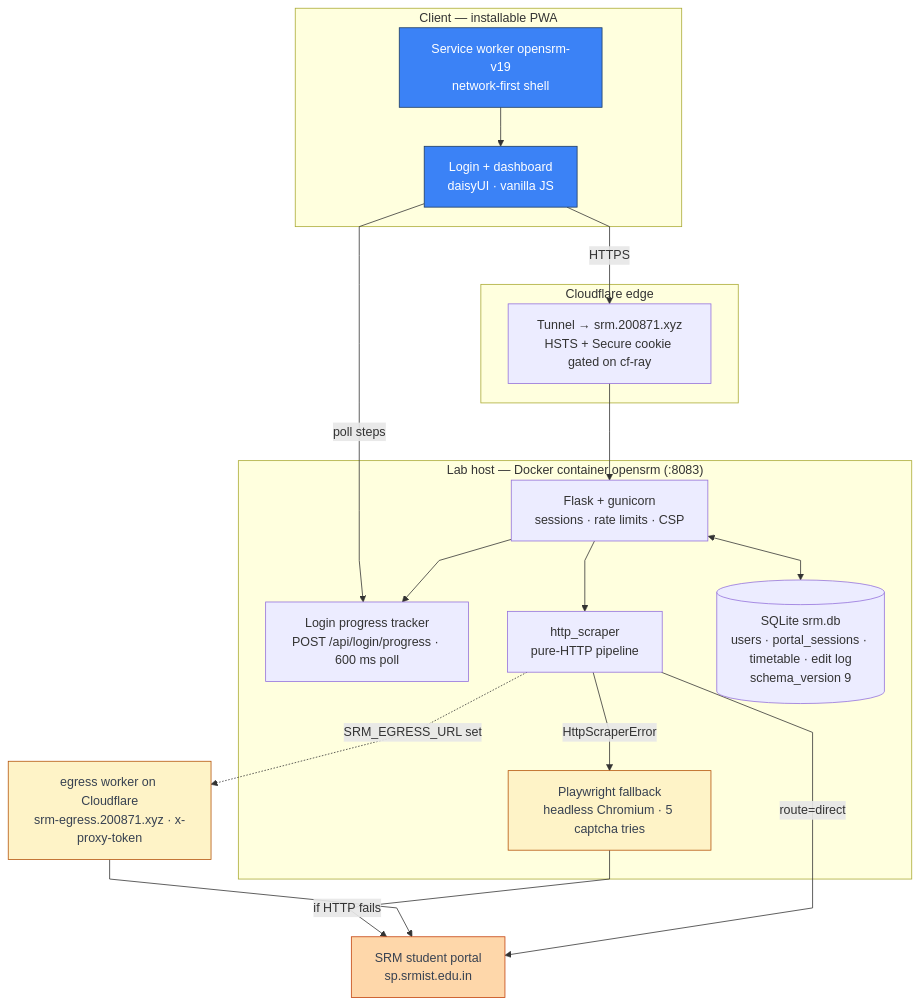
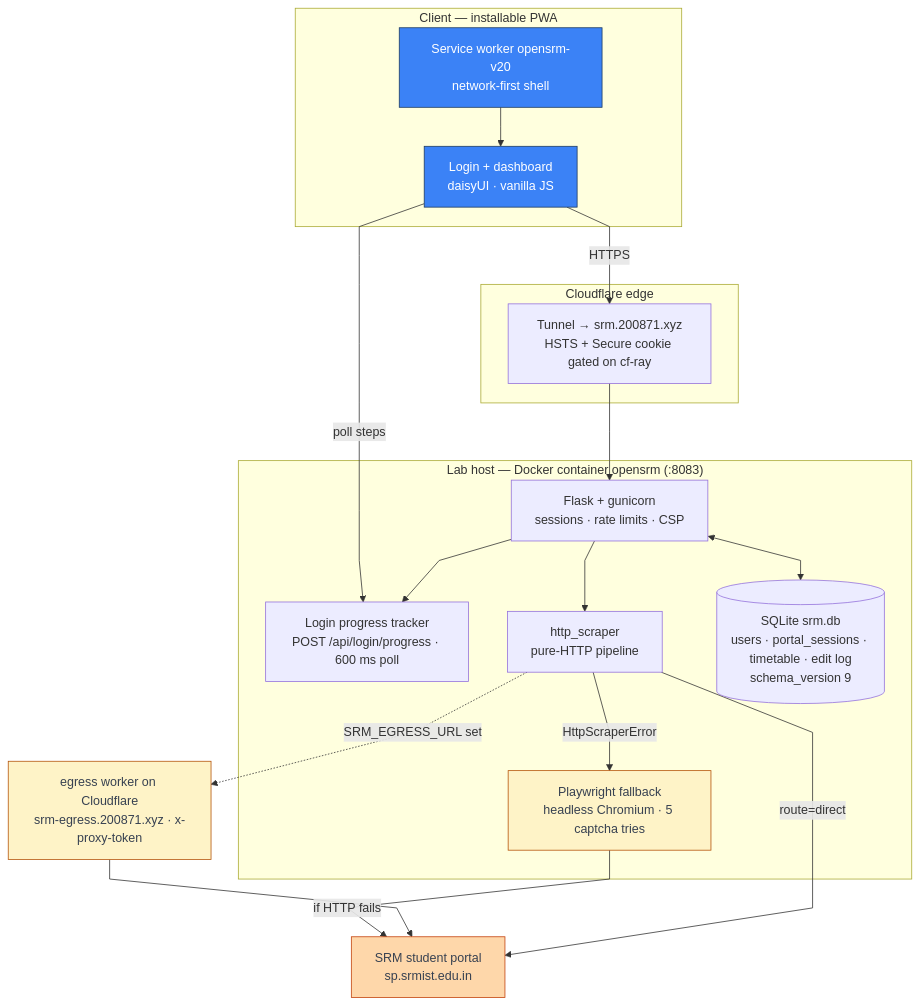
Before and after one commit to thenabbu/OpenSRM: the first of 3 diagrams in README.md, drawn with Mermaid. The commit also changed 4 other files, not shown here.

````diff
--- a/README.md
+++ b/README.md
@@ -65,43 +65,43 @@
 ```mermaid
 %%{init: {"flowchart": {"curve": "linear"}}}%%
 flowchart TD
     subgraph client["Client — installable PWA"]
         UI["Login + dashboard<br/>daisyUI · vanilla JS"]
-        SW["Service worker opensrm-v19<br/>network-first shell"]
+        SW["Service worker opensrm-v20<br/>network-first shell"]
     end
 
     subgraph edge["Cloudflare edge"]
         TUN["Tunnel → srm.200871.xyz<br/>HSTS + Secure cookie gated on cf-ray"]
     end
 
     subgraph lab["Lab host — Docker container opensrm (:8083)"]
         FL["Flask + gunicorn<br/>sessions · rate limits · CSP"]
         PROG["Login progress tracker<br/>POST /api/login/progress · 600 ms poll"]
         HS["http_scraper<br/>pure-HTTP pipeline"]
         PW["Playwright fallback<br/>headless Chromium · 5 captcha tries"]
         DB[("SQLite srm.db<br/>users · portal_sessions · timetable · edit log<br/>schema_version 9")]
         FL --> PROG
         FL <--> DB
         FL --> HS
         HS -->|"HttpScraperError"| PW
     end
 
     EG["egress worker on Cloudflare<br/>srm-egress.200871.xyz · x-proxy-token"]
     P["SRM student portal<br/>sp.srmist.edu.in"]
 
     UI -->|"HTTPS"| TUN
     TUN --> FL
     SW --> UI
     UI -->|"poll steps"| PROG
     HS -->|"route=direct"| P
     HS -.->|"SRM_EGRESS_URL set"| EG
     EG --> P
     PW -->|"if HTTP fails"| P
 
     classDef client fill:#3b82f6,stroke:#1e3a5f,color:#ffffff
     classDef conditional fill:#fef3c7,stroke:#b45309,color:#374151
     classDef external fill:#fed7aa,stroke:#c2410c,color:#374151
     class UI,SW client
     class PW,EG conditional
     class P external
 ```
````
